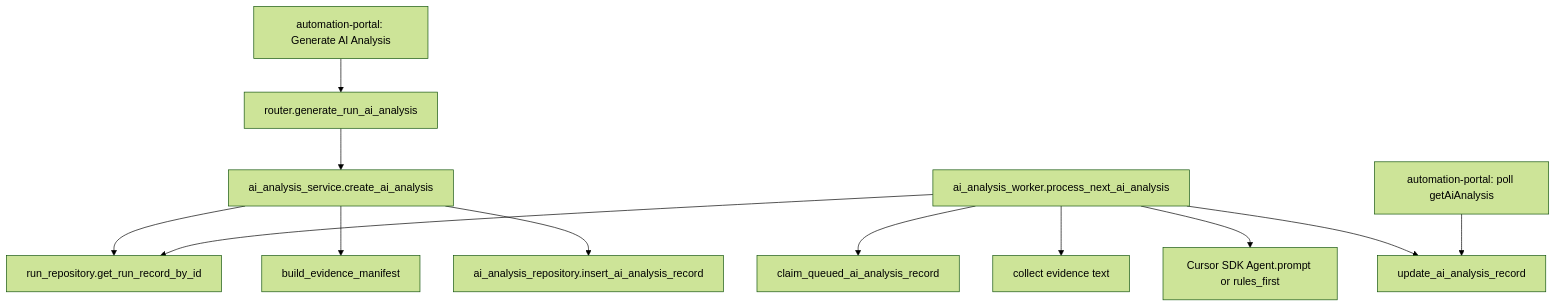
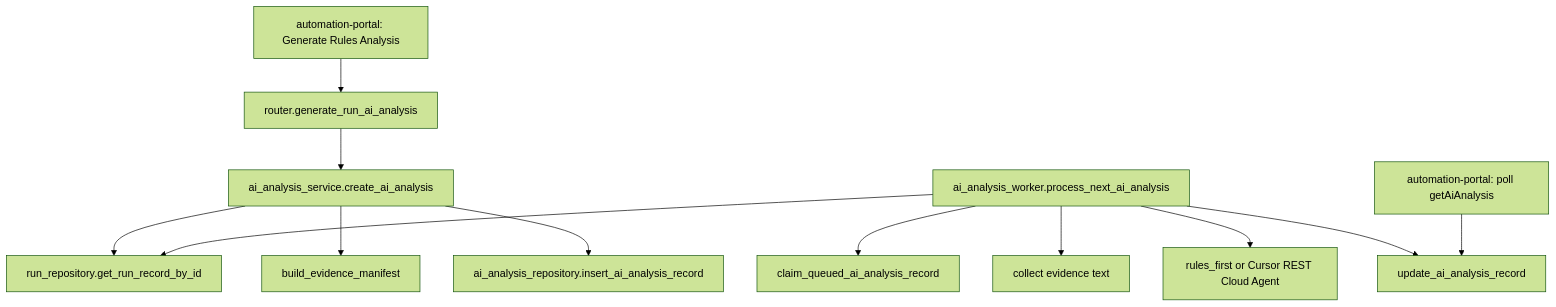
One commit to stella555359/jenkins_robotframework changed the second of 2 diagrams in docs/modules/platform-api/steps/step-16-ai-analysis-contract.md. Above: the diagram before and after it, drawn with Mermaid (forest theme). The commit also changed other lines of this file and 14 other files, not shown here.

````diff
--- a/docs/modules/platform-api/steps/step-16-ai-analysis-contract.md
+++ b/docs/modules/platform-api/steps/step-16-ai-analysis-contract.md
@@ -350,27 +350,27 @@
 ```mermaid
 flowchart TD
-    PortalPost["automation-portal: Generate AI Analysis"]
+    PortalPost["automation-portal: Generate Rules Analysis"]
     RouterPost["router.generate_run_ai_analysis"]
     ServiceCreate["ai_analysis_service.create_ai_analysis"]
     RunRepo["run_repository.get_run_record_by_id"]
     EvidenceBuilder["build_evidence_manifest"]
     AIRepoInsert["ai_analysis_repository.insert_ai_analysis_record"]
     Worker["ai_analysis_worker.process_next_ai_analysis"]
     Claim["claim_queued_ai_analysis_record"]
     EvidenceText["collect evidence text"]
-    CursorSDK["Cursor SDK Agent.prompt or rules_first"]
+    AnalysisEngine["rules_first or Cursor REST Cloud Agent"]
     AIRepoUpdate["update_ai_analysis_record"]
     PortalGet["automation-portal: poll getAiAnalysis"]
 
     PortalPost --> RouterPost
     RouterPost --> ServiceCreate
     ServiceCreate --> RunRepo
     ServiceCreate --> EvidenceBuilder
     ServiceCreate --> AIRepoInsert
     Worker --> Claim
     Worker --> RunRepo
     Worker --> EvidenceText
-    Worker --> CursorSDK
+    Worker --> AnalysisEngine
     Worker --> AIRepoUpdate
     PortalGet --> AIRepoUpdate
 ```
````
